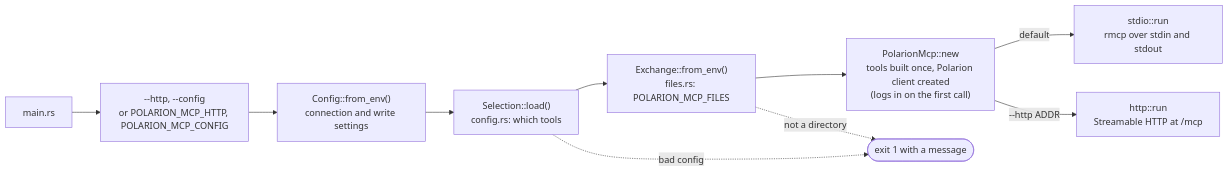
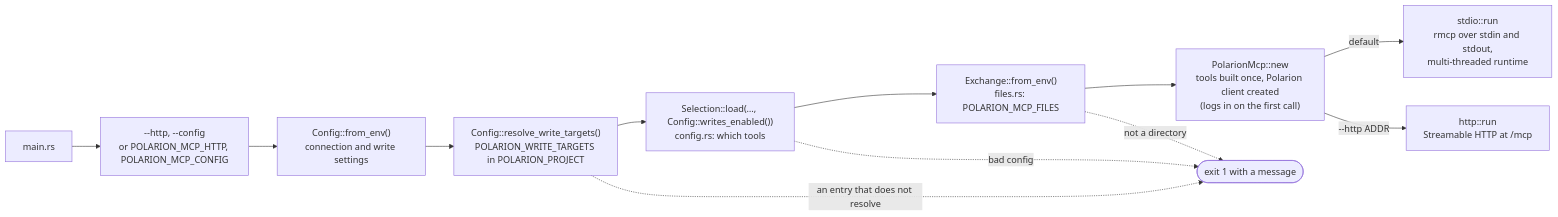
The second of 7 diagrams in docs/front-ends.md (KevinGliewe/Polarion-rs), drawn with Mermaid before and after one commit. The commit also changed other lines of this file and 210 other files, not shown here.

````diff
--- a/docs/front-ends.md
+++ b/docs/front-ends.md
@@ -43,12 +60,14 @@
 ```mermaid
 flowchart LR
     main["main.rs"] --> args["--http, --config<br/>or POLARION_MCP_HTTP, POLARION_MCP_CONFIG"]
     args --> cfg["Config::from_env()<br/>connection and write settings"]
-    cfg --> sel["Selection::load()<br/>config.rs: which tools"]
+    cfg --> wt["Config::resolve_write_targets()<br/>POLARION_WRITE_TARGETS in POLARION_PROJECT"]
+    wt --> sel["Selection::load(…, Config::writes_enabled())<br/>config.rs: which tools"]
     sel --> ex["Exchange::from_env()<br/>files.rs: POLARION_MCP_FILES"]
     ex --> new["PolarionMcp::new<br/>tools built once, Polarion client created<br/>(logs in on the first call)"]
-    new -- "default" --> stdio["stdio::run<br/>rmcp over stdin and stdout"]
+    new -- "default" --> stdio["stdio::run<br/>rmcp over stdin and stdout,<br/>multi-threaded runtime"]
     new -- "--http ADDR" --> http["http::run<br/>Streamable HTTP at /mcp"]
     sel -. "bad config" .-> exit(["exit 1 with a message"])
     ex -. "not a directory" .-> exit
+    wt -. "an entry that does not resolve" .-> exit
 ```
````
